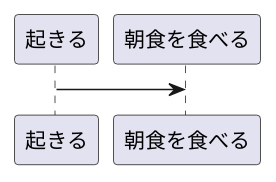
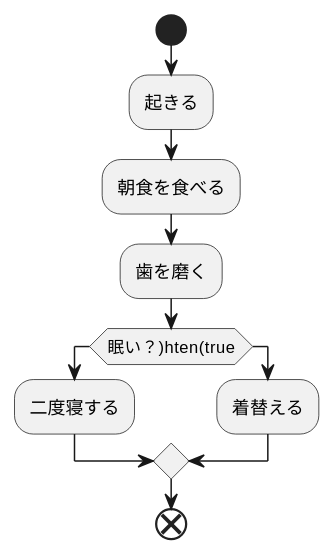
Before and after one commit to aso2001362/2021sys-design: the diagram in mijitaku.md, drawn with PlantUML.

````diff
--- a/mijitaku.md
+++ b/mijitaku.md
@@ -1,5 +1,14 @@
 ```uml
 @startuml
-起きる->朝食を食べる
+start
+:起きる;
+:朝食を食べる;
+:歯を磨く;
+if(眠い？)hten(true)
+:二度寝する;
+else
+:着替える;
+endif
+end
 @enduml
 ```
````
